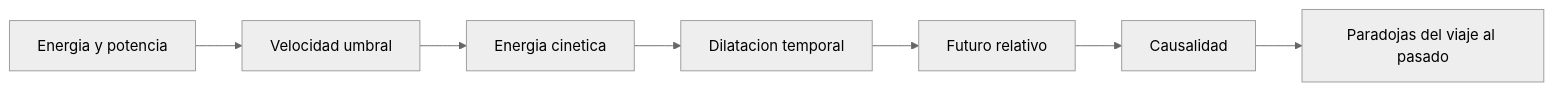
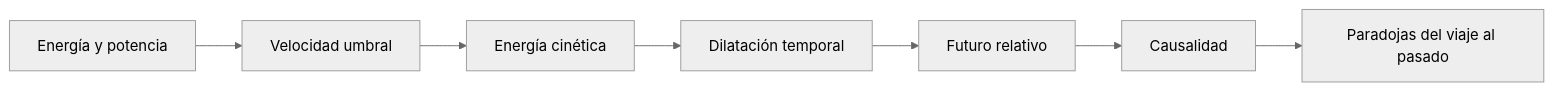
One commit to vladimiracunadev-create/machine-operator-program changed the diagram in vehiculos-fantasticos/delorean/recursos/recursos-delorean.md. Above: the diagram before and after it, drawn with Mermaid (neutral theme). The commit also changed other lines of this file and 442 other files, not shown here.

````diff
--- a/vehiculos-fantasticos/delorean/recursos/recursos-delorean.md
+++ b/vehiculos-fantasticos/delorean/recursos/recursos-delorean.md
@@ -31,9 +31,9 @@
 ```mermaid
 flowchart LR
-    Energia[Energia y potencia] --> Umbral[Velocidad umbral]
-    Umbral --> Cinetica[Energia cinetica]
-    Cinetica --> Relatividad[Dilatacion temporal]
+    Energia[Energía y potencia] --> Umbral[Velocidad umbral]
+    Umbral --> Cinetica[Energía cinética]
+    Cinetica --> Relatividad[Dilatación temporal]
     Relatividad --> Futuro[Futuro relativo]
     Futuro --> Causalidad[Causalidad]
     Causalidad --> Paradojas[Paradojas del viaje al pasado]
 ```
````
